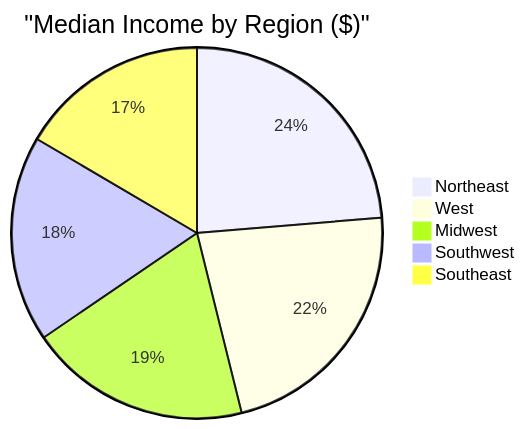
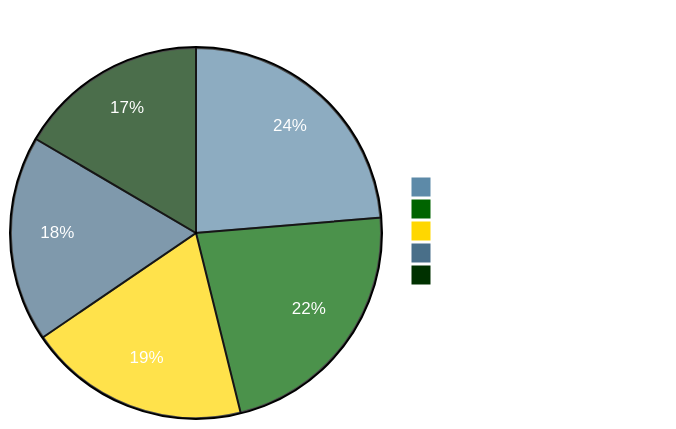
One commit to tzolkowski96/tzolkowski96 changed the first of 10 diagrams in us-household-income-analysis/README.md. Above: the diagram before and after it, drawn with Mermaid. The commit also changed other lines of this file, not shown here.

````diff
--- a/us-household-income-analysis/README.md
+++ b/us-household-income-analysis/README.md
@@ -54,9 +54,10 @@
 ```mermaid
-pie
+%%{init: {'theme': 'base', 'themeVariables': { 'primaryColor': '#5D8AA8', 'secondaryColor': '#006400', 'tertiaryColor': '#FFD700', 'primaryTextColor': '#fff', 'secondaryTextColor': '#fff', 'tertiaryTextColor': '#000', 'lineColor': '#333', 'fontSize': '16px'}}}%%
+pie showData
     title "Median Income by Region ($)"
-    "Northeast" : 102068
-    "West" : 96742
-    "Midwest" : 83405
-    "Southwest" : 77494
-    "Southeast" : 71307
+    "Northeast ($102,068)" : 102068
+    "West ($96,742)" : 96742
+    "Midwest ($83,405)" : 83405
+    "Southwest ($77,494)" : 77494
+    "Southeast ($71,307)" : 71307
 ```
````
